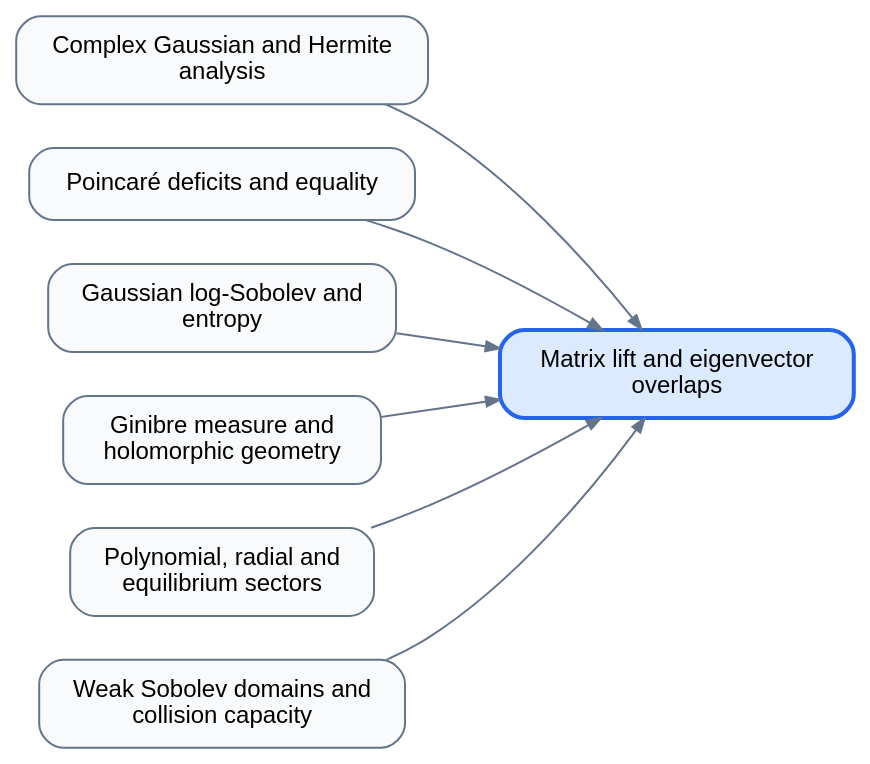
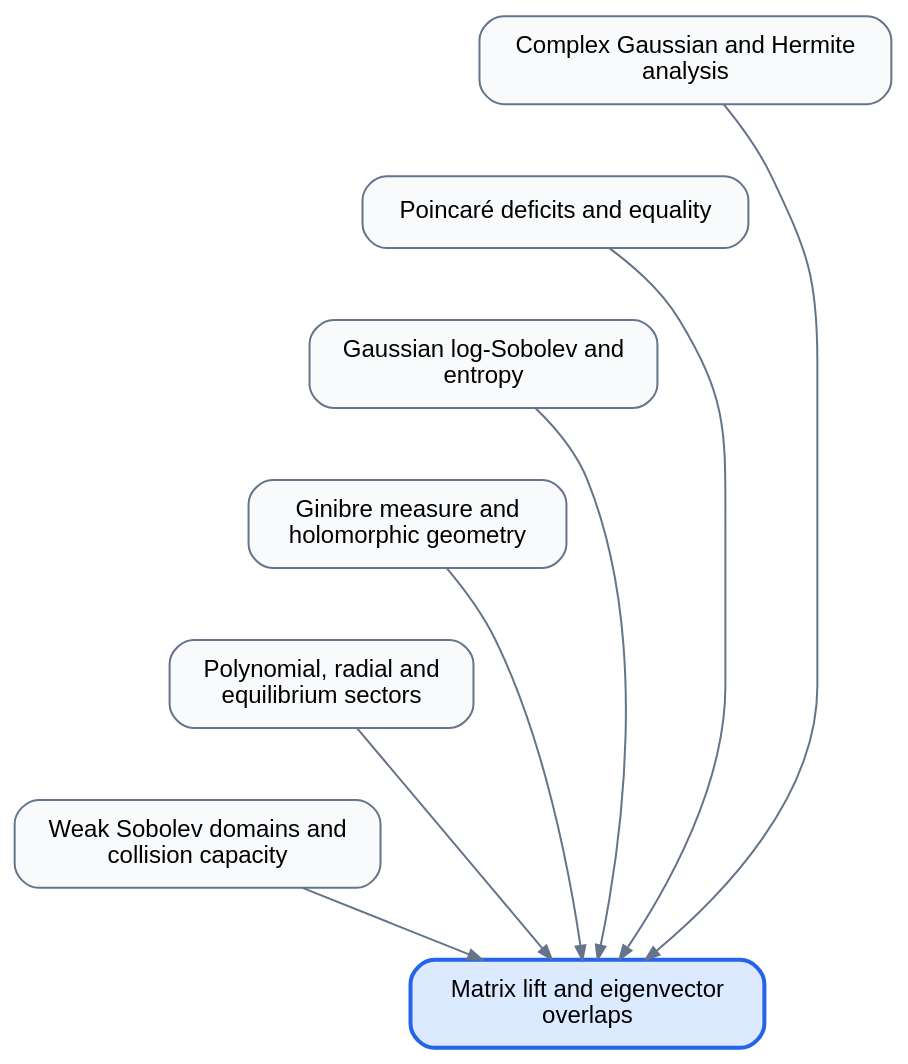
One commit to djalilchafai/ginibre-poincare changed the diagram in diagrams/MatrixLift.dot. Above: the diagram before and after it, drawn with Graphviz. The commit also changed 44 other files, not shown here.

Commit message:
Make dependency diagrams vertical and add GitHub Pages deployment

```diff
--- a/diagrams/MatrixLift.dot
+++ b/diagrams/MatrixLift.dot
@@ -1,19 +1,24 @@
 digraph dependencies {
-rankdir=LR;
+rankdir=TB;
 graph [bgcolor="transparent", pad="0.3", nodesep="0.3"];
 node [shape=box, style="rounded,filled", fillcolor="#f8fafc", color="#64748b", fontname="sans-serif", fontsize=12, margin="0.18,0.12"];
 edge [color="#64748b", arrowsize=0.7];
 ComplexGaussianHermite [label="Complex Gaussian and Hermite\nanalysis"];
 DeficitsEquality [label="Poincaré deficits and equality"];
 GaussianLSI [label="Gaussian log-Sobolev and\nentropy"];
 GinibreMeasureGeometry [label="Ginibre measure and\nholomorphic geometry"];
 PolynomialRadial [label="Polynomial, radial and\nequilibrium sectors"];
 WeakSobolev [label="Weak Sobolev domains and\ncollision capacity"];
 MatrixLift [label="Matrix lift and eigenvector\noverlaps", fillcolor="#dbeafe", color="#2563eb", penwidth=2];
 ComplexGaussianHermite -> MatrixLift;
 DeficitsEquality -> MatrixLift;
 GaussianLSI -> MatrixLift;
 GinibreMeasureGeometry -> MatrixLift;
 PolynomialRadial -> MatrixLift;
 WeakSobolev -> MatrixLift;
+ComplexGaussianHermite -> DeficitsEquality [style=invis];
+DeficitsEquality -> GaussianLSI [style=invis];
+GaussianLSI -> GinibreMeasureGeometry [style=invis];
+GinibreMeasureGeometry -> PolynomialRadial [style=invis];
+PolynomialRadial -> WeakSobolev [style=invis];
 }
```
